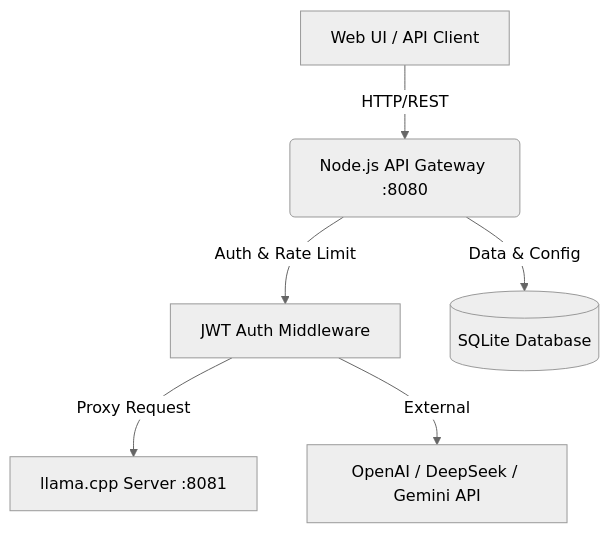
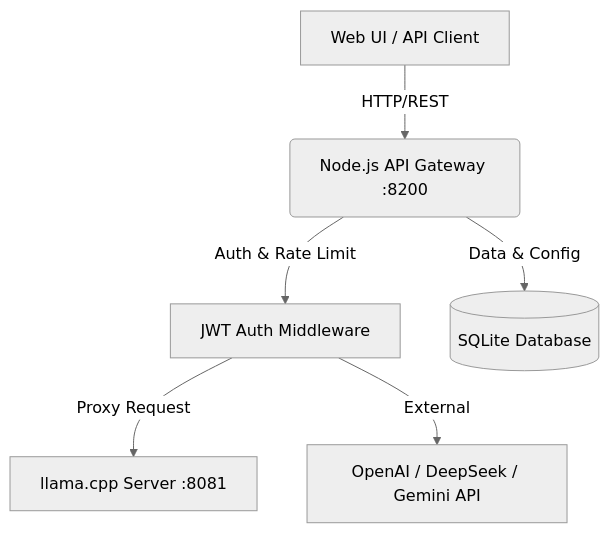
The diagram in cons/chatavg/README.md (xlabkm-ux/chat_avg), drawn with Mermaid (neutral theme) before and after one commit. The commit also changed other lines of this file and 2 other files, not shown here.

````diff
--- a/cons/chatavg/README.md
+++ b/cons/chatavg/README.md
@@ -41,8 +41,8 @@
 ```mermaid
 graph TD
-    Client[Web UI / API Client] -->|HTTP/REST| Gateway(Node.js API Gateway :8080)
+    Client[Web UI / API Client] -->|HTTP/REST| Gateway(Node.js API Gateway :8200)
     Gateway -->|Auth & Rate Limit| Auth[JWT Auth Middleware]
     Gateway -->|Data & Config| DB[(SQLite Database)]
     Auth -->|Proxy Request| Llama[llama.cpp Server :8081]
     Auth -->|External| OpenAI[OpenAI / DeepSeek / Gemini API]
 ```
````
